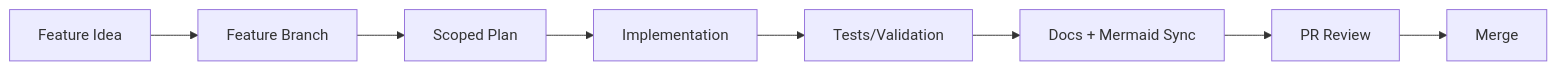
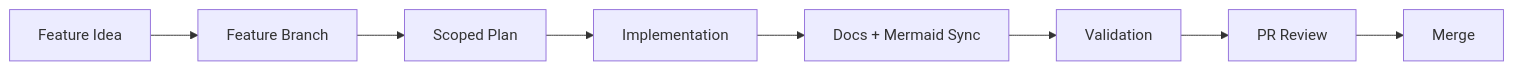
The diagram in docs/workflow/developers.md (charleanpoor507/repo-hc), drawn with Mermaid before and after one commit. The commit also changed other lines of this file and 32 other files, not shown here.

Commit message:
docs: refocus repo on agent-rule workflow and add architecture docs

````diff
--- a/docs/workflow/developers.md
+++ b/docs/workflow/developers.md
@@ -26,10 +23,10 @@
 ```mermaid
 flowchart LR
   A["Feature Idea"] --> B["Feature Branch"]
   B --> C["Scoped Plan"]
   C --> D["Implementation"]
-  D --> E["Tests/Validation"]
-  E --> F["Docs + Mermaid Sync"]
+  D --> E["Docs + Mermaid Sync"]
+  E --> F["Validation"]
   F --> G["PR Review"]
   G --> H["Merge"]
 ```
````
